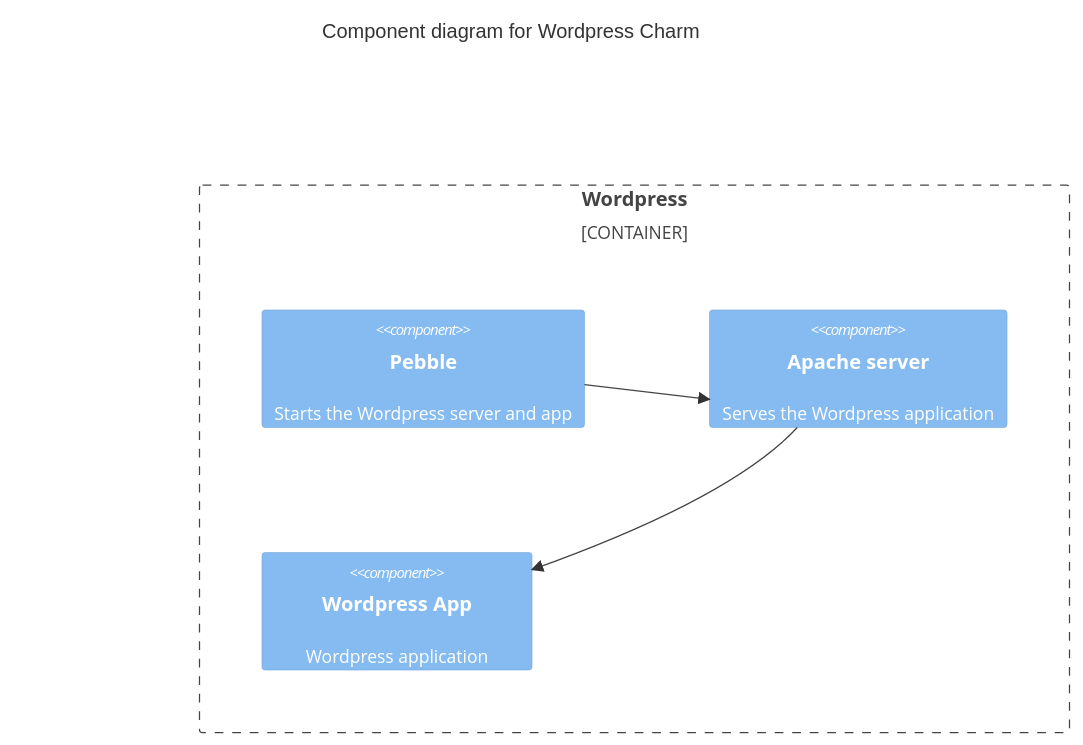
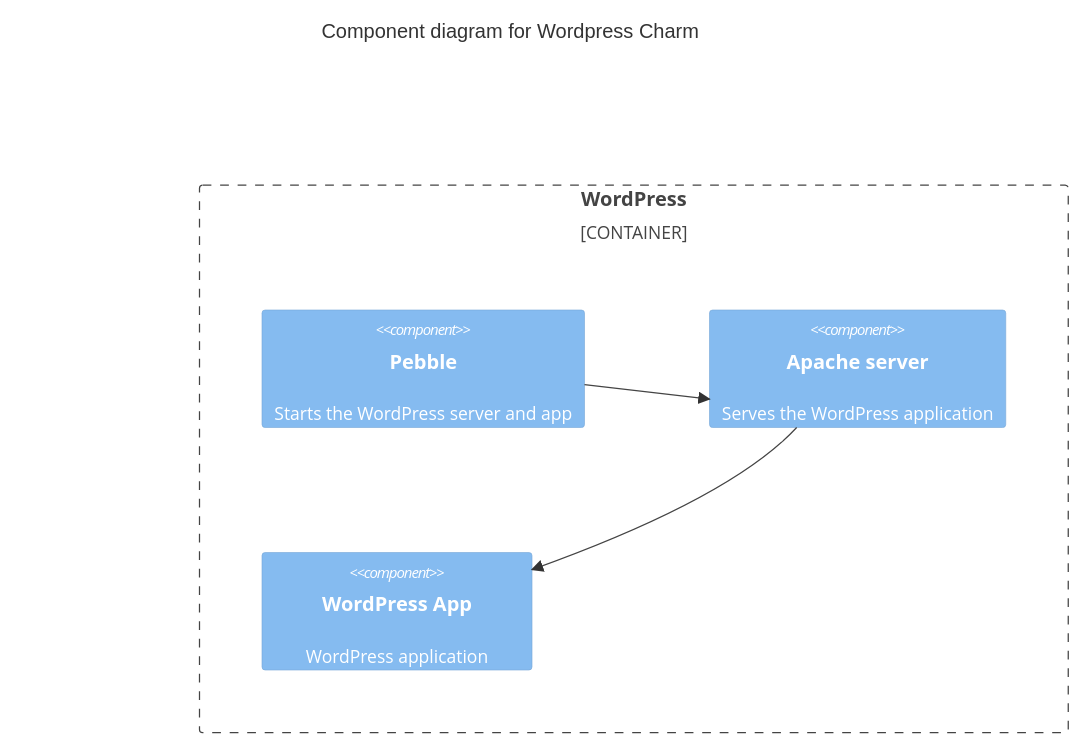
The diagram in docs/explanation/charm-architecture.md (canonical/wordpress-k8s-operator), drawn with Mermaid before and after one commit. The commit also changed other lines of this file, not shown here.

Commit message:
Chore(doc): Move diagram under Containers

````diff
--- a/docs/explanation/charm-architecture.md
+++ b/docs/explanation/charm-architecture.md
@@ -11,13 +16,13 @@
 ```mermaid
 C4Context
 title Component diagram for Wordpress Charm
 
-Container_Boundary(wordpress, "Wordpress") {
-  Component(pebble, "Pebble", "", "Starts the Wordpress server and app")
-  Component(apache-server, "Apache server", "", "Serves the Wordpress application")
-  Component(charm, "Wordpress App", "", "Wordpress application")
+Container_Boundary(wordpress, "WordPress") {
+  Component(pebble, "Pebble", "", "Starts the WordPress server and app")
+  Component(apache-server, "Apache server", "", "Serves the WordPress application")
+  Component(charm, "WordPress App", "", "WordPress application")
 
   Rel(pebble, apache-server, "")
   Rel(apache-server, charm, "")
 }
 ```
````
